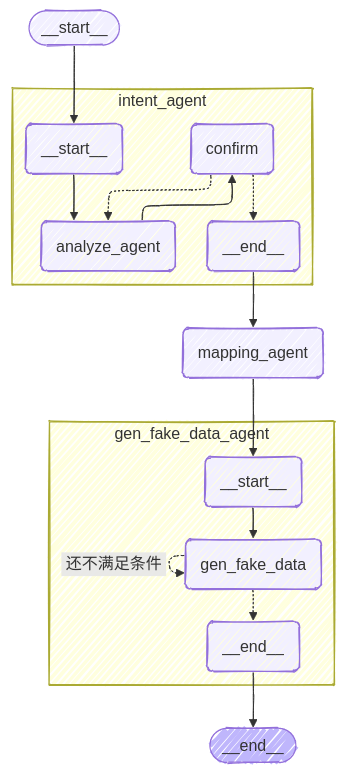
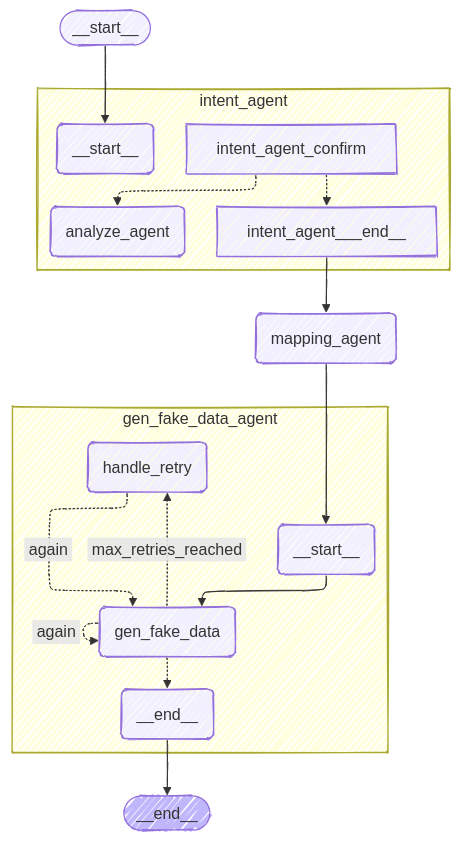
Before and after one commit to toddlerya/DataForge: the diagram in docs/GRAPH.mmd, drawn with Mermaid. The commit also changed 5 other files, not shown here.

```diff
--- a/docs/GRAPH.mmd
+++ b/docs/GRAPH.mmd
@@ -1,39 +1,38 @@
 ---
 config:
   look: handDrawn
   theme: normal
   layout: elk
   elk:
     mergeEdges: false
     nodePlacementStrategy: NETWORK_SIMPLEX
     cycleBreakingStrategy: MODEL_ORDER
 ---
 graph TD;
         __start__([<p>__start__</p>]):::first
         mapping_agent(mapping_agent)
         __end__([<p>__end__</p>]):::last
         __start__ --> intent_agent___start__;
         intent_agent___end__ --> mapping_agent;
         mapping_agent --> gen_fake_data_agent___start__;
         gen_fake_data_agent___end__ --> __end__;
         subgraph intent_agent
         intent_agent___start__(<p>__start__</p>)
         intent_agent_analyze_agent(analyze_agent)
-        intent_agent_confirm(confirm)
-        intent_agent___end__(<p>__end__</p>)
-        intent_agent___start__ --> intent_agent_analyze_agent;
-        intent_agent_analyze_agent --> intent_agent_confirm;
         intent_agent_confirm -.-> intent_agent_analyze_agent;
         intent_agent_confirm -.-> intent_agent___end__;
         end
         subgraph gen_fake_data_agent
         gen_fake_data_agent___start__(<p>__start__</p>)
         gen_fake_data_agent_gen_fake_data(gen_fake_data)
+        gen_fake_data_agent_handle_retry(handle_retry)
         gen_fake_data_agent___end__(<p>__end__</p>)
         gen_fake_data_agent___start__ --> gen_fake_data_agent_gen_fake_data;
+        gen_fake_data_agent_gen_fake_data -. &nbsp;max_retries_reached&nbsp; .-> gen_fake_data_agent_handle_retry;
+        gen_fake_data_agent_handle_retry -. &nbsp;again&nbsp; .-> gen_fake_data_agent_gen_fake_data;
         gen_fake_data_agent_gen_fake_data -.-> gen_fake_data_agent___end__;
-        gen_fake_data_agent_gen_fake_data -. &nbsp;还不满足条件&nbsp; .-> gen_fake_data_agent_gen_fake_data;
+        gen_fake_data_agent_gen_fake_data -. &nbsp;again&nbsp; .-> gen_fake_data_agent_gen_fake_data;
         end
         classDef default fill:#f2f0ff,line-height:1.2
         classDef first fill-opacity:0
         classDef last fill:#bfb6fc
```
